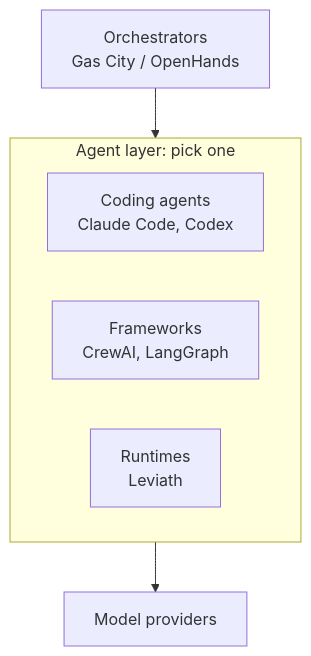
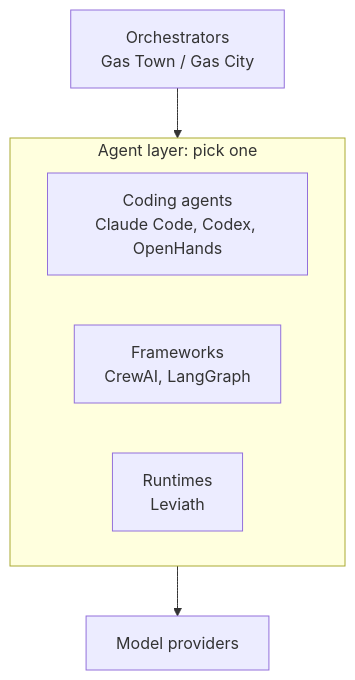
The diagram in docs/content/comparison.md (GEMISIS/leviath), drawn with Mermaid before and after one commit. The commit also changed 1 other file, not shown here.

First paragraph of the commit message:
docs: tighten the README down to what a first-time reader needs
The README had grown to roughly 260 rendered lines, and the thing it is
actually trying to say was several screens down. This is a cleanup pass, not
new content.

````diff
--- a/docs/content/comparison.md
+++ b/docs/content/comparison.md
@@ -20,11 +20,11 @@
 ```mermaid
 flowchart TD
-  ORCH["Orchestrators<br/>Gas City / OpenHands"]
+  ORCH["Orchestrators<br/>Gas Town / Gas City"]
   ORCH --> AGENTS["Agent layer"]
   subgraph AGENTS["Agent layer: pick one"]
-    CC["Coding agents<br/>Claude Code, Codex"]
+    CC["Coding agents<br/>Claude Code, Codex, OpenHands"]
     FW["Frameworks<br/>CrewAI, LangGraph"]
     LEV["Runtimes<br/>Leviath"]
   end
   AGENTS --> M["Model providers"]
 ```
````
